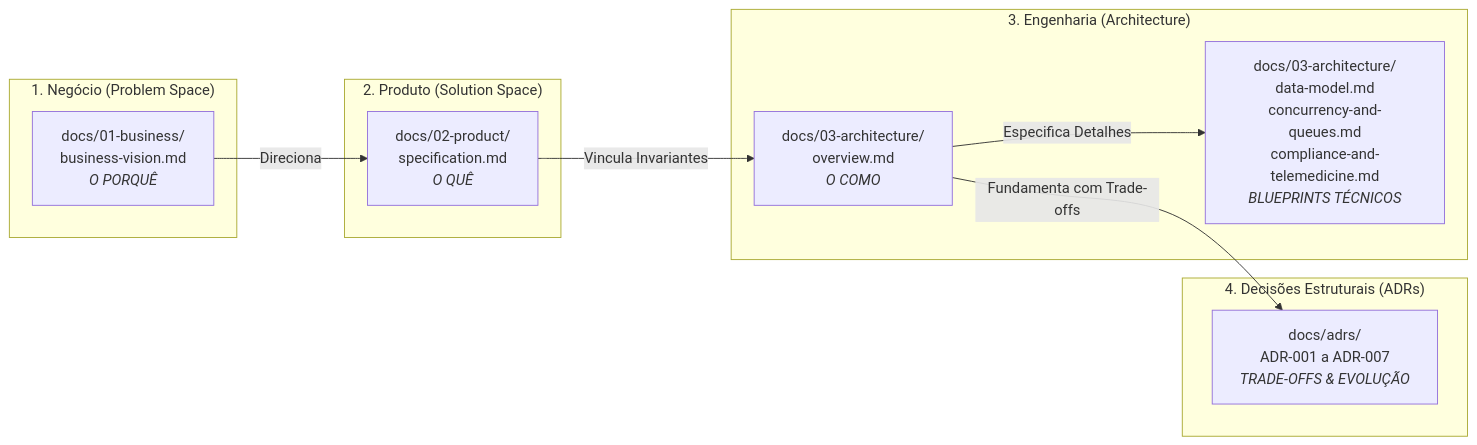
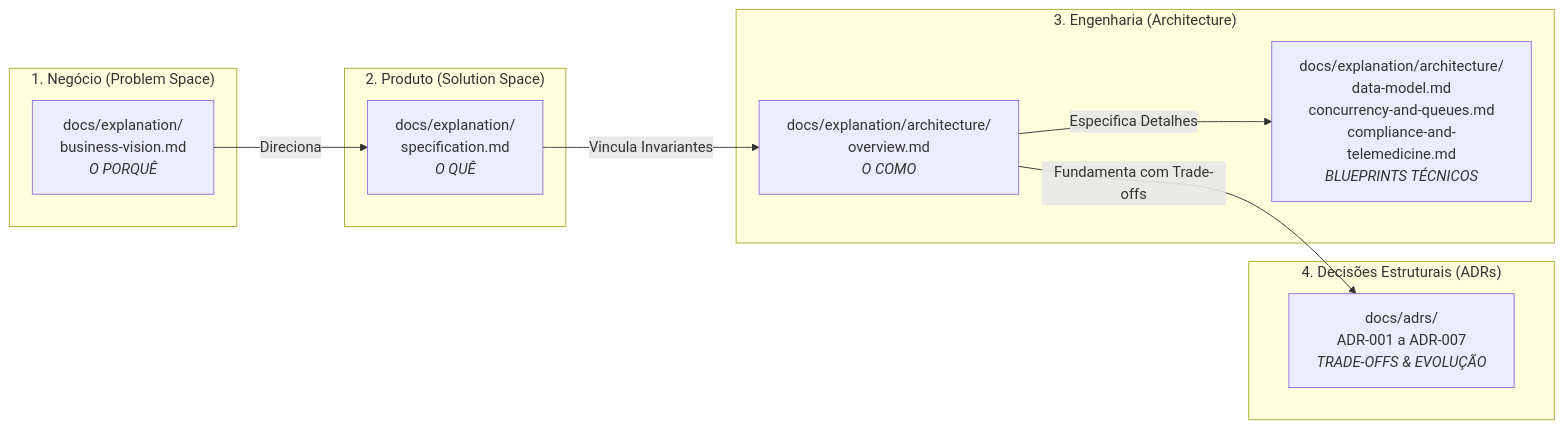
The diagram in docs/README.md (Rafaelp122/medisync), drawn with Mermaid before and after one commit. The commit also changed other lines of this file and 11 other files, not shown here.

````diff
--- a/docs/README.md
+++ b/docs/README.md
@@ -7,24 +7,24 @@
 ```mermaid
 flowchart LR
     subgraph P1["1. Negócio (Problem Space)"]
-        BV["docs/01-business/<br/>business-vision.md<br/><i>O PORQUÊ</i>"]
+        BV["docs/explanation/<br/>business-vision.md<br/><i>O PORQUÊ</i>"]
     end
 
     subgraph P2["2. Produto (Solution Space)"]
-        SP["docs/02-product/<br/>specification.md<br/><i>O QUÊ</i>"]
+        SP["docs/explanation/<br/>specification.md<br/><i>O QUÊ</i>"]
     end
 
     subgraph P3["3. Engenharia (Architecture)"]
-        AR["docs/03-architecture/<br/>overview.md<br/><i>O COMO</i>"]
-        BM["docs/03-architecture/<br/>data-model.md<br/>concurrency-and-queues.md<br/>compliance-and-telemedicine.md<br/><i>BLUEPRINTS TÉCNICOS</i>"]
+        AR["docs/explanation/architecture/<br/>overview.md<br/><i>O COMO</i>"]
+        BM["docs/explanation/architecture/<br/>data-model.md<br/>concurrency-and-queues.md<br/>compliance-and-telemedicine.md<br/><i>BLUEPRINTS TÉCNICOS</i>"]
     end
 
     subgraph P4["4. Decisões Estruturais (ADRs)"]
         ADR["docs/adrs/<br/>ADR-001 a ADR-007<br/><i>TRADE-OFFS & EVOLUÇÃO</i>"]
     end
 
     BV -->|Direciona| SP
     SP -->|Vincula Invariantes| AR
     AR -->|Especifica Detalhes| BM
     AR -->|Fundamenta com Trade-offs| ADR
 ```
````
